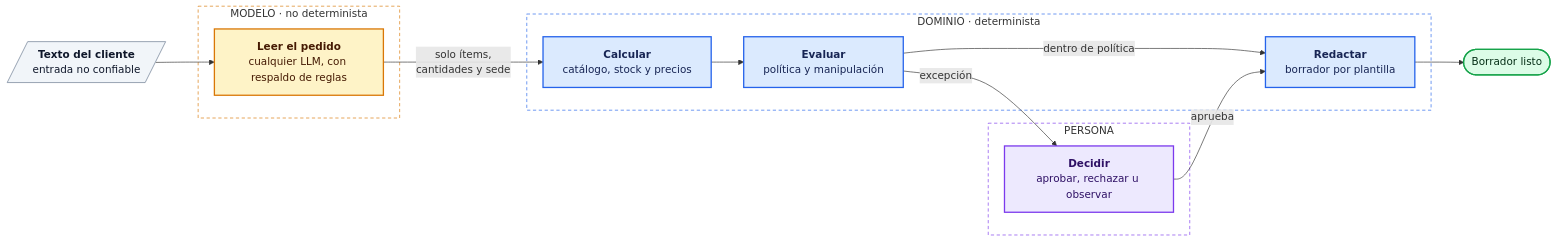
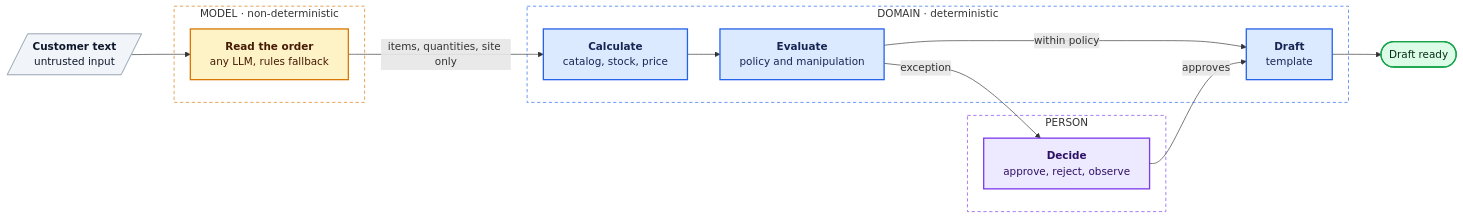
Before and after one commit to guisa17/quoteflow: the diagram in README.md, drawn with Mermaid. The commit also changed other lines of this file and 7 other files, not shown here.

````diff
--- a/README.md
+++ b/README.md
@@ -109,40 +26,33 @@
 ```mermaid
 flowchart LR
-    texto[/"<b>Texto del cliente</b><br/>entrada no confiable"/]
+    text[/"<b>Customer text</b><br/>untrusted input"/]
+    subgraph model["MODEL · non-deterministic"]
+        read["<b>Read the order</b><br/>any LLM, rules fallback"]
+    end
+    subgraph domain["DOMAIN · deterministic"]
+        calc["<b>Calculate</b><br/>catalog, stock, price"]
+        eval["<b>Evaluate</b><br/>policy and manipulation"]
+        draft["<b>Draft</b><br/>template"]
+    end
+    subgraph human["PERSON"]
+        decide["<b>Decide</b><br/>approve, reject, observe"]
+    end
+    text --> read -->|"items, quantities, site only"| calc --> eval
+    eval -->|"within policy"| draft
+    eval -->|"exception"| decide -->|"approves"| draft
+    draft --> done(["Draft ready"])
 
-    subgraph modelo["MODELO · no determinista"]
-        leer["<b>Leer el pedido</b><br/>cualquier LLM, con respaldo de reglas"]
-    end
-
-    subgraph dominio["DOMINIO · determinista"]
-        calcular["<b>Calcular</b><br/>catálogo, stock y precios"]
-        evaluar["<b>Evaluar</b><br/>política y manipulación"]
-        redactar["<b>Redactar</b><br/>borrador por plantilla"]
-    end
-
-    subgraph persona["PERSONA"]
-        aprobar["<b>Decidir</b><br/>aprobar, rechazar u observar"]
-    end
-
-    texto --> leer
-    leer -->|"solo ítems,<br/>cantidades y sede"| calcular
-    calcular --> evaluar
-    evaluar -->|"dentro de política"| redactar
-    evaluar -->|"excepción"| aprobar
-    aprobar -->|"aprueba"| redactar
-    redactar --> borrador(["Borrador listo"])
-
-    classDef entrada fill:#f1f5f9,stroke:#64748b,color:#0f172a
+    classDef src fill:#f1f5f9,stroke:#64748b,color:#0f172a
     classDef llm fill:#fef3c7,stroke:#d97706,stroke-width:2px,color:#451a03
     classDef det fill:#dbeafe,stroke:#2563eb,stroke-width:2px,color:#172554
     classDef hum fill:#ede9fe,stroke:#7c3aed,stroke-width:2px,color:#2e1065
     classDef ok fill:#dcfce7,stroke:#16a34a,stroke-width:2px,color:#052e16
-    class texto entrada
-    class leer llm
-    class calcular,evaluar,redactar det
-    class aprobar hum
-    class borrador ok
-    style modelo fill:transparent,stroke:#d97706,stroke-dasharray:5 4
-    style dominio fill:transparent,stroke:#2563eb,stroke-dasharray:5 4
-    style persona fill:transparent,stroke:#7c3aed,stroke-dasharray:5 4
+    class text src
+    class read llm
+    class calc,eval,draft det
+    class decide hum
+    class done ok
+    style model fill:transparent,stroke:#d97706,stroke-dasharray:5 4
+    style domain fill:transparent,stroke:#2563eb,stroke-dasharray:5 4
+    style human fill:transparent,stroke:#7c3aed,stroke-dasharray:5 4
 ```
````
